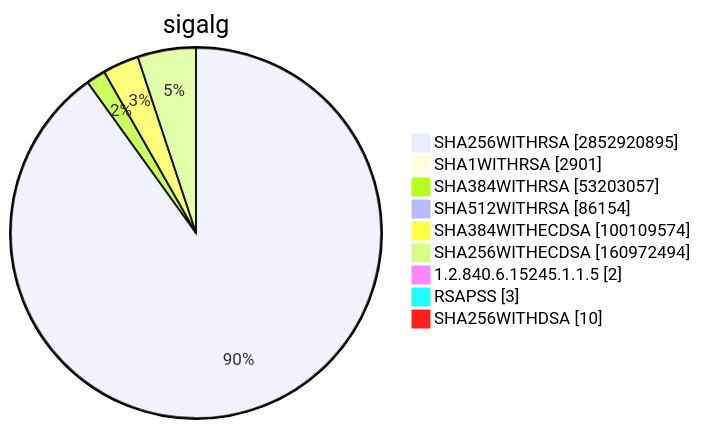
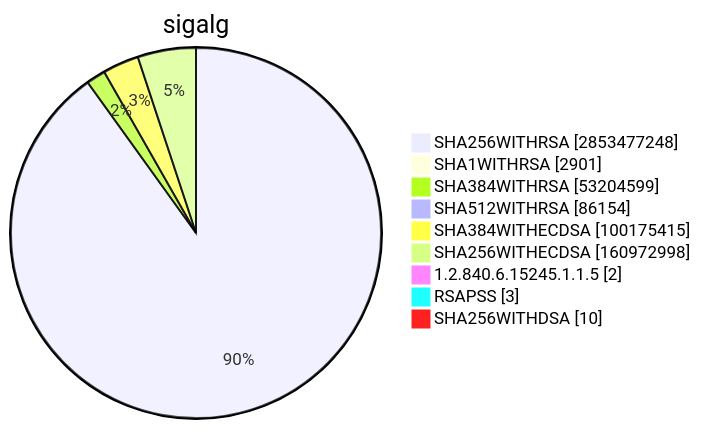
One commit to christiankrug/ctmonitor_visualization changed diagram 15 of 15 in TOTAL/README.md. Above: the diagram before and after it, drawn with Mermaid. The commit also changed other lines of this file, not shown here.

````diff
--- a/TOTAL/README.md
+++ b/TOTAL/README.md
@@ -6207,13 +6207,13 @@
 ```mermaid
 pie showData
 title sigalg
-"SHA256WITHRSA" :2852920895
+"SHA256WITHRSA" :2853477248
 "SHA1WITHRSA" :2901
-"SHA384WITHRSA" :53203057
+"SHA384WITHRSA" :53204599
 "SHA512WITHRSA" :86154
-"SHA384WITHECDSA" :100109574
-"SHA256WITHECDSA" :160972494
+"SHA384WITHECDSA" :100175415
+"SHA256WITHECDSA" :160972998
 "1.2.840.6.15245.1.1.5" :2
 "RSAPSS" :3
 "SHA256WITHDSA" :10
 ```
````
